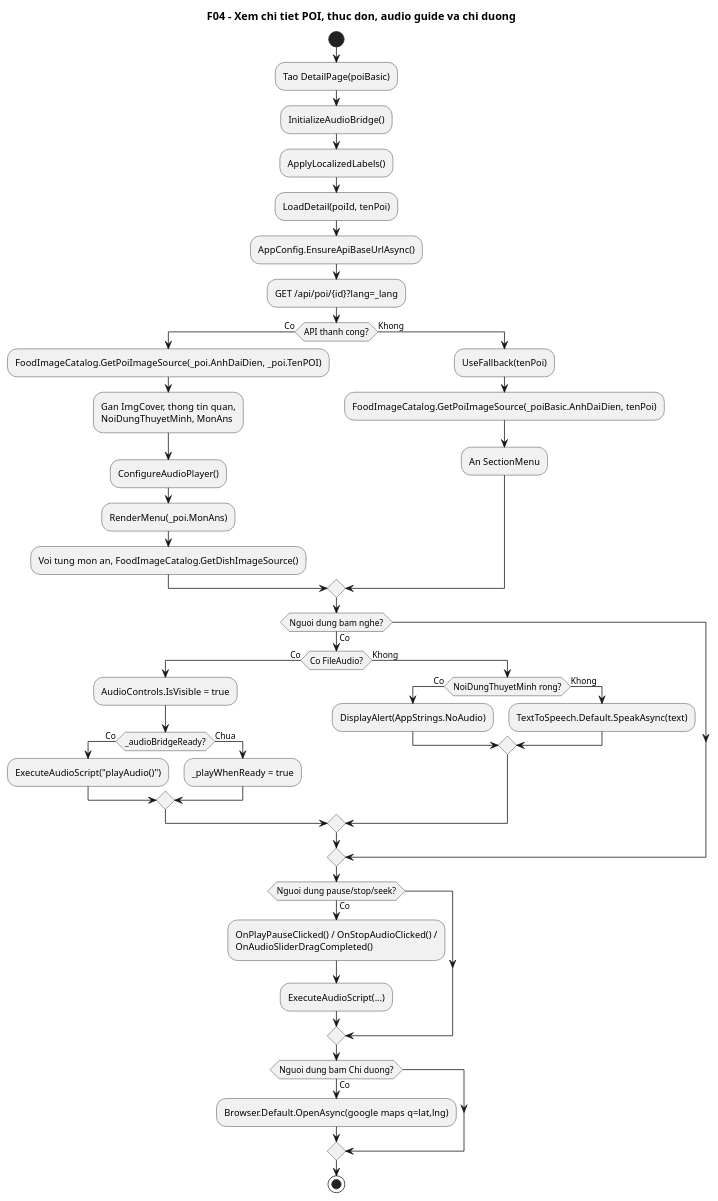
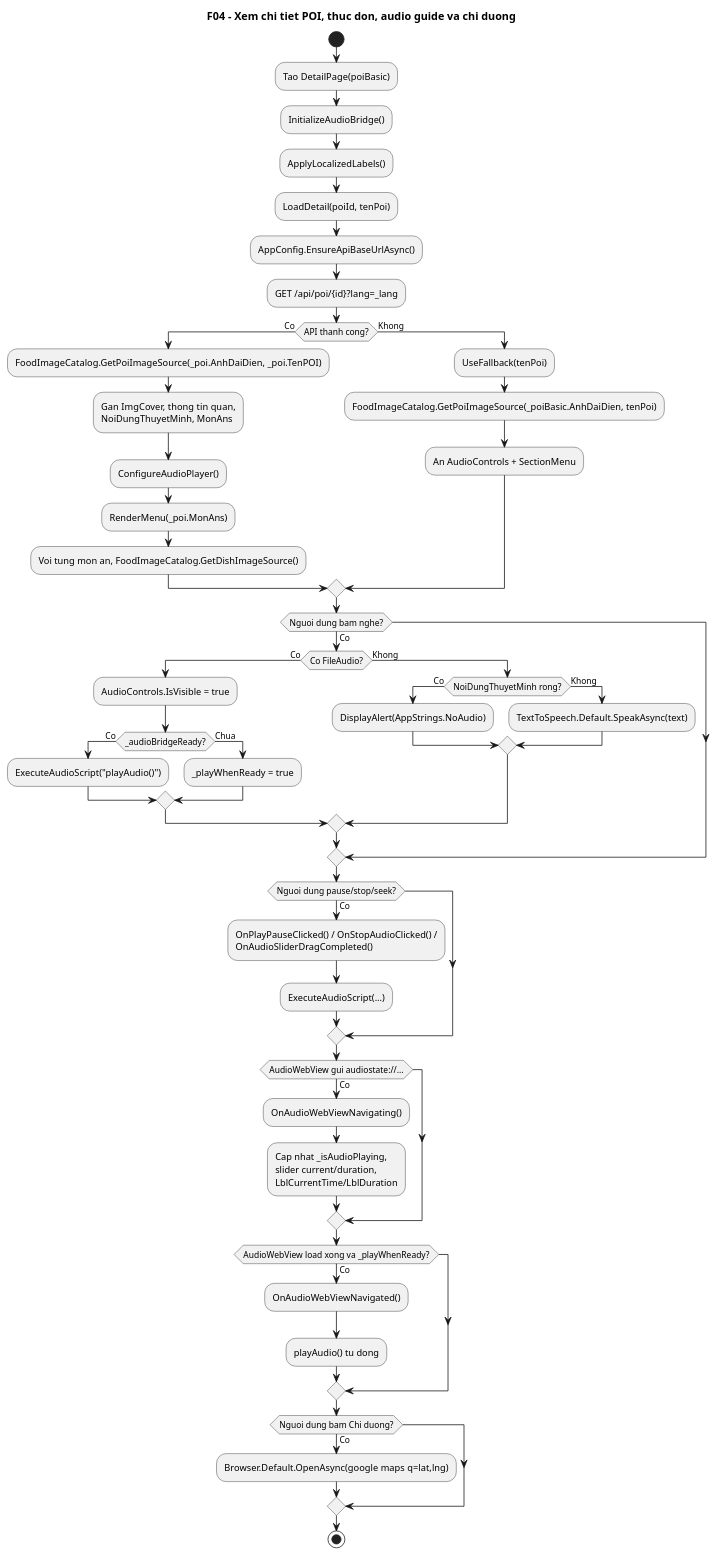
One commit to VoBao182/PhoAmThuc changed the diagram in docs/diagrams/04-poi-detail-activity.puml. Above: the diagram before and after it, drawn with PlantUML. The commit also changed 11 other files, not shown here.

```diff
--- a/docs/diagrams/04-poi-detail-activity.puml
+++ b/docs/diagrams/04-poi-detail-activity.puml
@@ -1,59 +1,69 @@
 @startuml
 ' Diagram: F04 - Xem chi tiet POI, thuc don, audio guide va chi duong (Activity)
 ' Status: VERIFIED
 ' Baseline: branch master, current worktree @ HEAD 3158ff7
 ' Source:
 ' - VinhKhanhTourDemo/DetailPage.xaml.cs: LoadDetail(), UseFallback(), ConfigureAudioPlayer(), RenderMenu(), OnNgheClicked(), OnMapClicked()
 ' - VinhKhanhTourDemo/FoodImageCatalog.cs: GetPoiImageSource(), GetDishImageSource(), TryCreateImageSource()
 ' - VinhKhanhTourDemo/AppConfig.cs: ResolveImageUrl()
 ' - VinhKhanhTour.API/Controllers/PoiController.cs: GetById()
-' Note: Da bo sung dung logic fallback anh hien tai qua FoodImageCatalog; luong activity khop voi DetailPage hien tai.
+' Note: So do chi tiet hoa audio bridge WebView, fallback API/anh/noi dung, va thao tac play-pause-stop-seek tren DetailPage.
 title F04 - Xem chi tiet POI, thuc don, audio guide va chi duong
 start
 :Tao DetailPage(poiBasic);
 :InitializeAudioBridge();
 :ApplyLocalizedLabels();
 :LoadDetail(poiId, tenPoi);
 
 :AppConfig.EnsureApiBaseUrlAsync();
 :GET /api/poi/{id}?lang=_lang;
 if (API thanh cong?) then (Co)
   :FoodImageCatalog.GetPoiImageSource(_poi.AnhDaiDien, _poi.TenPOI);
   :Gan ImgCover, thong tin quan,\nNoiDungThuyetMinh, MonAns;
   :ConfigureAudioPlayer();
   :RenderMenu(_poi.MonAns);
   :Voi tung mon an, FoodImageCatalog.GetDishImageSource();
 else (Khong)
   :UseFallback(tenPoi);
   :FoodImageCatalog.GetPoiImageSource(_poiBasic.AnhDaiDien, tenPoi);
-  :An SectionMenu;
+  :An AudioControls + SectionMenu;
 endif
 
 if (Nguoi dung bam nghe?) then (Co)
   if (Co FileAudio?) then (Co)
     :AudioControls.IsVisible = true;
     if (_audioBridgeReady?) then (Co)
       :ExecuteAudioScript("playAudio()");
     else (Chua)
       :_playWhenReady = true;
     endif
   else (Khong)
     if (NoiDungThuyetMinh rong?) then (Co)
       :DisplayAlert(AppStrings.NoAudio);
     else (Khong)
       :TextToSpeech.Default.SpeakAsync(text);
     endif
   endif
 endif
 
 if (Nguoi dung pause/stop/seek?) then (Co)
   :OnPlayPauseClicked() / OnStopAudioClicked() /\nOnAudioSliderDragCompleted();
   :ExecuteAudioScript(...);
 endif
 
+if (AudioWebView gui audiostate://...) then (Co)
+  :OnAudioWebViewNavigating();
+  :Cap nhat _isAudioPlaying,\nslider current/duration,\nLblCurrentTime/LblDuration;
+endif
+
+if (AudioWebView load xong va _playWhenReady?) then (Co)
+  :OnAudioWebViewNavigated();
+  :playAudio() tu dong;
+endif
+
 if (Nguoi dung bam Chi duong?) then (Co)
   :Browser.Default.OpenAsync(google maps q=lat,lng);
 endif
 
 stop
 @enduml
```
